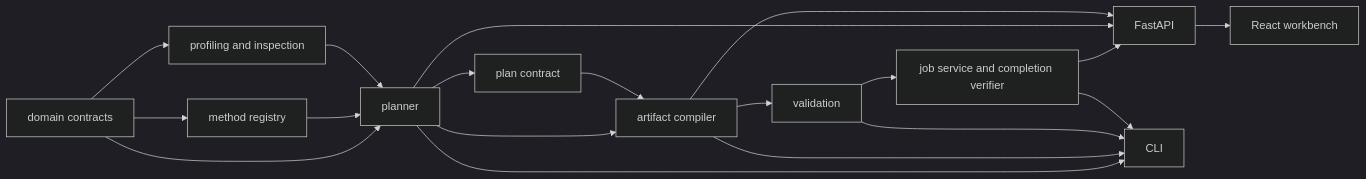
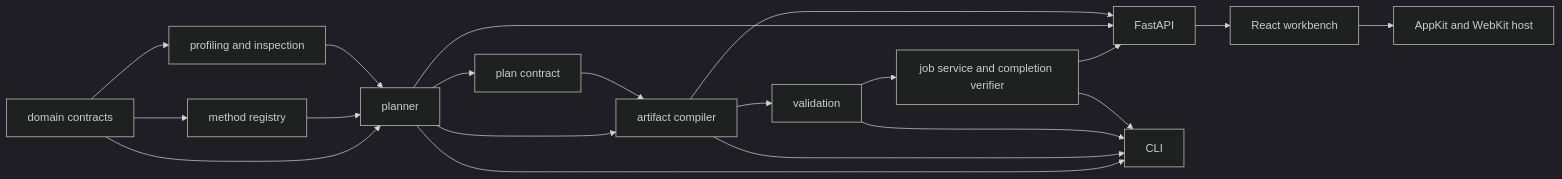
The diagram in docs/architecture/code-map.md (ogprotege/Aptus), drawn with Mermaid (dark theme) before and after one commit. The commit also changed other lines of this file and 74 other files, not shown here.

````diff
--- a/docs/architecture/code-map.md
+++ b/docs/architecture/code-map.md
@@ -50,21 +54,22 @@
 ```mermaid
 flowchart LR
   D["domain contracts"] --> MR["method registry"]
   D --> P["profiling and inspection"]
   D --> PL["planner"]
   MR --> PL
   P --> PL
   PL --> PC["plan contract"]
   PL --> G["artifact compiler"]
   PC --> G
   G --> V["validation"]
   V --> E["job service and completion verifier"]
   E --> A["FastAPI"]
   PL --> A
   G --> A
   A --> W["React workbench"]
+  W --> M["AppKit and WebKit host"]
   PL --> C["CLI"]
   G --> C
   V --> C
   E --> C
 ```
````
